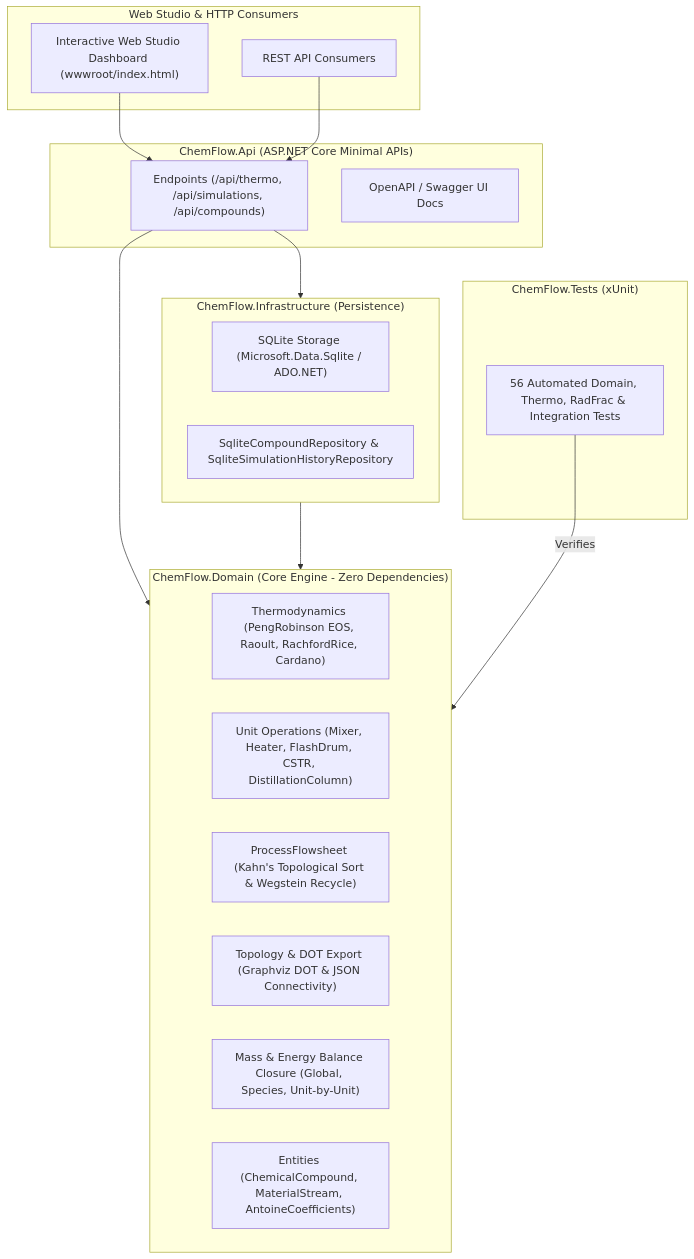
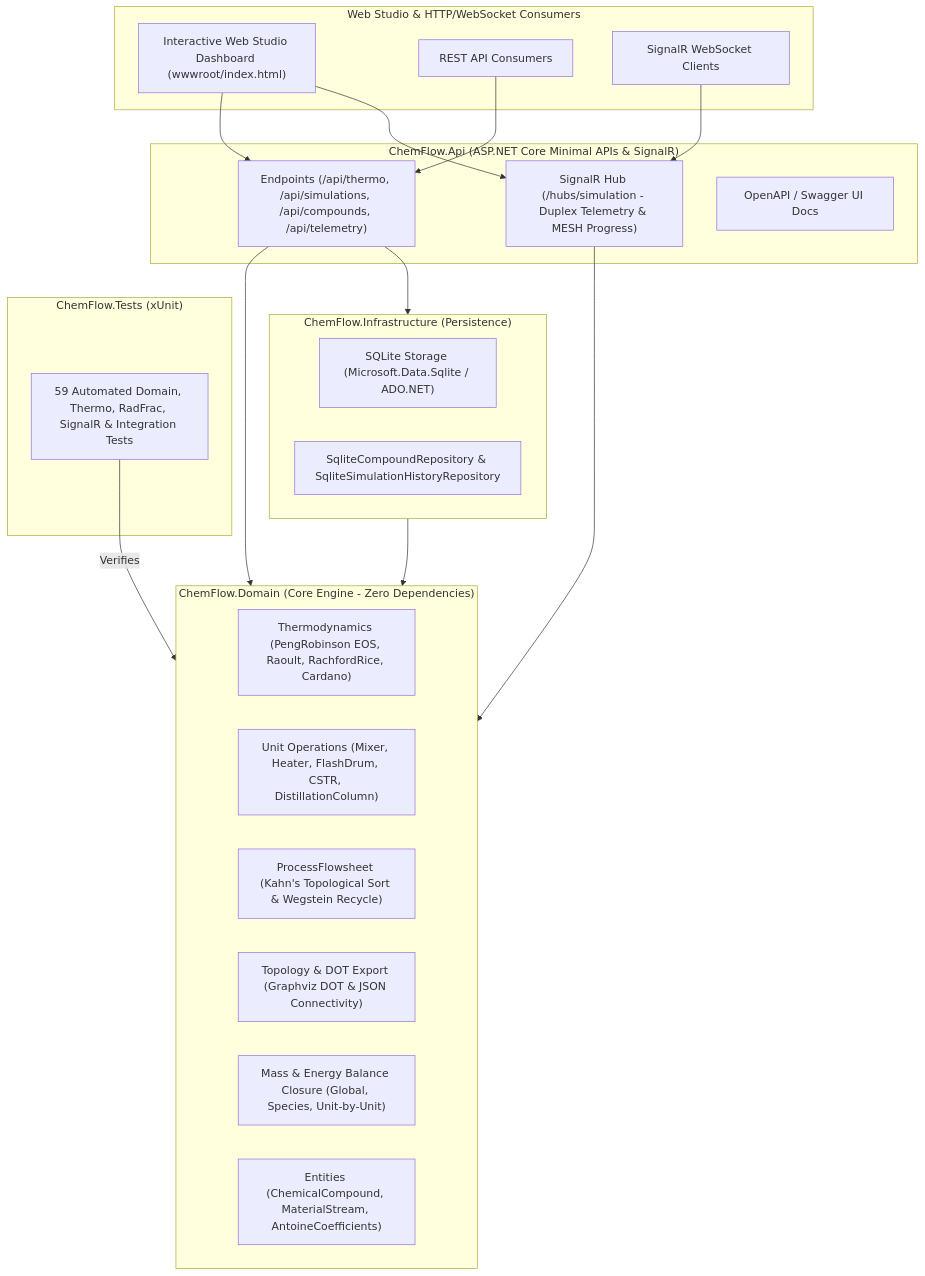
The diagram in README.md (yancsalmeida/ChemFlow.NET), drawn with Mermaid before and after one commit. The commit also changed other lines of this file and 7 other files, not shown here.

Commit message:
feat(telemetry): add ASP.NET Core SignalR real-time CSTR dynamic telemetry and MESH progress hub

````diff
--- a/README.md
+++ b/README.md
@@ -23,37 +24,42 @@
 ```mermaid
 flowchart TD
-    subgraph Client["Web Studio & HTTP Consumers"]
+    subgraph Client["Web Studio & HTTP/WebSocket Consumers"]
         Browser["Interactive Web Studio Dashboard (wwwroot/index.html)"]
         HTTP["REST API Consumers"]
+        WS["SignalR WebSocket Clients"]
     end
 
-    subgraph API["ChemFlow.Api (ASP.NET Core Minimal APIs)"]
-        Endpoints["Endpoints (/api/thermo, /api/simulations, /api/compounds)"]
+    subgraph API["ChemFlow.Api (ASP.NET Core Minimal APIs & SignalR)"]
+        Endpoints["Endpoints (/api/thermo, /api/simulations, /api/compounds, /api/telemetry)"]
+        Hub["SignalR Hub (/hubs/simulation - Duplex Telemetry & MESH Progress)"]
         Swagger["OpenAPI / Swagger UI Docs"]
     end
 
     subgraph Domain["ChemFlow.Domain (Core Engine - Zero Dependencies)"]
         Thermo["Thermodynamics (PengRobinson EOS, Raoult, RachfordRice, Cardano)"]
         Units["Unit Operations (Mixer, Heater, FlashDrum, CSTR, DistillationColumn)"]
         DAG["ProcessFlowsheet (Kahn's Topological Sort & Wegstein Recycle)"]
         Topology["Topology & DOT Export (Graphviz DOT & JSON Connectivity)"]
         Balance["Mass & Energy Balance Closure (Global, Species, Unit-by-Unit)"]
         Entities["Entities (ChemicalCompound, MaterialStream, AntoineCoefficients)"]
     end
 
     subgraph Infra["ChemFlow.Infrastructure (Persistence)"]
         Sqlite["SQLite Storage (Microsoft.Data.Sqlite / ADO.NET)"]
         Repos["SqliteCompoundRepository & SqliteSimulationHistoryRepository"]
     end
 
     subgraph Tests["ChemFlow.Tests (xUnit)"]
-        UnitTests["56 Automated Domain, Thermo, RadFrac & Integration Tests"]
+        UnitTests["59 Automated Domain, Thermo, RadFrac, SignalR & Integration Tests"]
     end
 
     Browser --> Endpoints
+    Browser --> Hub
     HTTP --> Endpoints
+    WS --> Hub
     Endpoints --> Domain
     Endpoints --> Infra
+    Hub --> Domain
     Infra --> Domain
     UnitTests -->|"Verifies"| Domain
 ```
````
